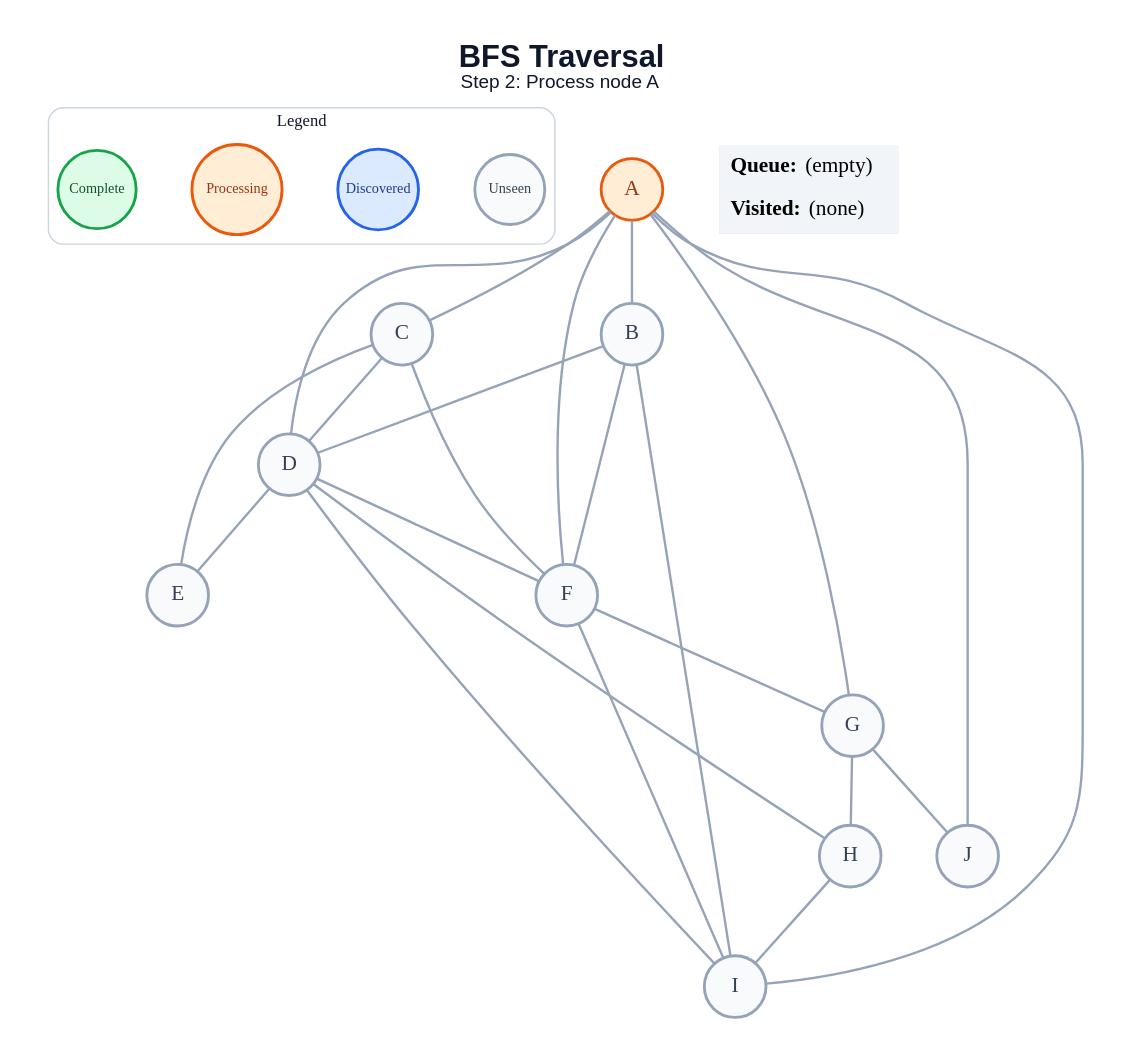
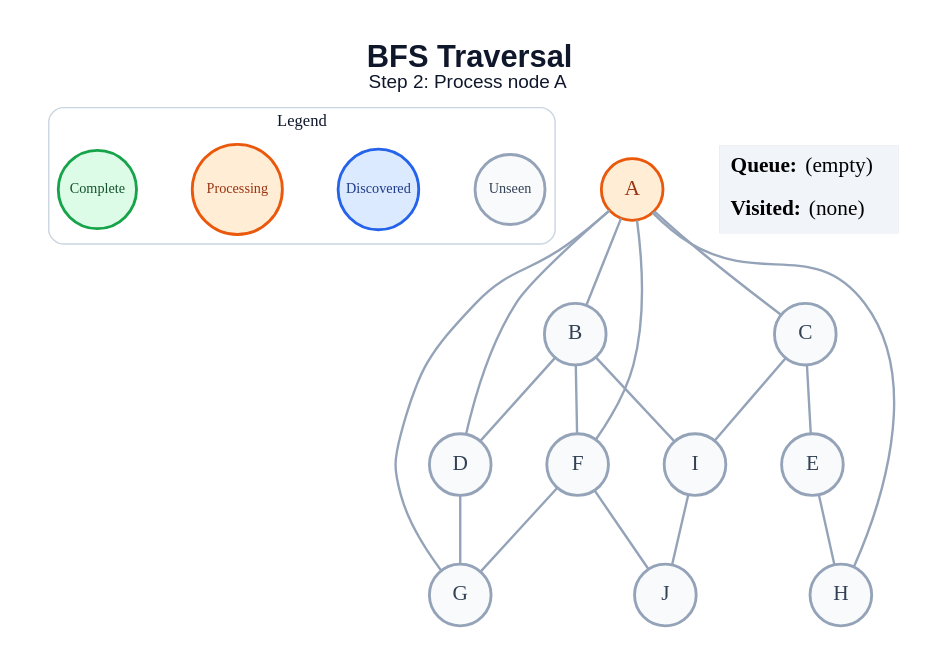
One commit to amanghodawala9/ai-slop changed the diagram in generated/bfs/step_02.dot. Above: the diagram before and after it, drawn with Graphviz. The commit also changed 178 other files, not shown here.

```diff
--- a/generated/bfs/step_02.dot
+++ b/generated/bfs/step_02.dot
@@ -1,51 +1,45 @@
 graph traversal {
   graph [layout=dot, rankdir=TB, bgcolor="#FFFFFF", pad="0.35", nodesep="0.65", ranksep="0.8", fontname="Arial"];
   node [shape=circle, style="filled", fontname="Arial Bold", fontsize=18, width=0.72, fixedsize=true, penwidth=2.4];
   edge [color="#94A3B8", penwidth=2.0];
   label=<<B>BFS Traversal</B><BR/><FONT POINT-SIZE="16">Step 2: Process node A</FONT>>; labelloc="t"; fontsize=26; fontname="Arial"; fontcolor="#0F172A";
   subgraph cluster_legend { label="Legend"; color="#CBD5E1"; penwidth=1.2; style="rounded"; fontsize=14; fontname="Arial Bold";
     key_unseen [label="Unseen", fillcolor="#F8FAFC", color="#94A3B8", fontcolor="#334155", fontsize=12, width=0.82];
     key_frontier [label="Discovered", fillcolor="#DBEAFE", color="#2563EB", fontcolor="#1E3A8A", fontsize=12, width=0.95];
     key_current [label="Processing", fillcolor="#FFEDD5", color="#EA580C", fontcolor="#9A3412", fontsize=12, width=1.05];
     key_done [label="Complete", fillcolor="#DCFCE7", color="#16A34A", fontcolor="#14532D", fontsize=12, width=0.92];
     { rank=same; key_unseen; key_frontier; key_current; key_done; }
   }
   A [fillcolor="#FFEDD5", color="#EA580C", fontcolor="#9A3412"];
   B [fillcolor="#F8FAFC", color="#94A3B8", fontcolor="#334155"];
   C [fillcolor="#F8FAFC", color="#94A3B8", fontcolor="#334155"];
   D [fillcolor="#F8FAFC", color="#94A3B8", fontcolor="#334155"];
   E [fillcolor="#F8FAFC", color="#94A3B8", fontcolor="#334155"];
   F [fillcolor="#F8FAFC", color="#94A3B8", fontcolor="#334155"];
   G [fillcolor="#F8FAFC", color="#94A3B8", fontcolor="#334155"];
   H [fillcolor="#F8FAFC", color="#94A3B8", fontcolor="#334155"];
   I [fillcolor="#F8FAFC", color="#94A3B8", fontcolor="#334155"];
   J [fillcolor="#F8FAFC", color="#94A3B8", fontcolor="#334155"];
   A -- B;
   A -- C;
   A -- D;
   A -- F;
   A -- G;
-  A -- I;
-  A -- J;
+  A -- H;
   B -- D;
   B -- F;
   B -- I;
-  C -- D;
   C -- E;
-  C -- F;
-  D -- E;
-  D -- F;
-  D -- H;
-  D -- I;
+  C -- I;
+  D -- G;
+  E -- H;
   F -- G;
-  F -- I;
-  G -- H;
-  G -- J;
-  H -- I;
+  F -- J;
+  I -- J;
   status [shape=plain, fixedsize=false, width=0, height=0, margin=0, label=<
     <TABLE BORDER="0" CELLBORDER="0" CELLPADDING="7" BGCOLOR="#F1F5F9">
       <TR><TD ALIGN="LEFT"><B>Queue:</B> (empty)</TD></TR>
       <TR><TD ALIGN="LEFT"><B>Visited:</B> (none)</TD></TR>
     </TABLE>
   >];
 }
```
